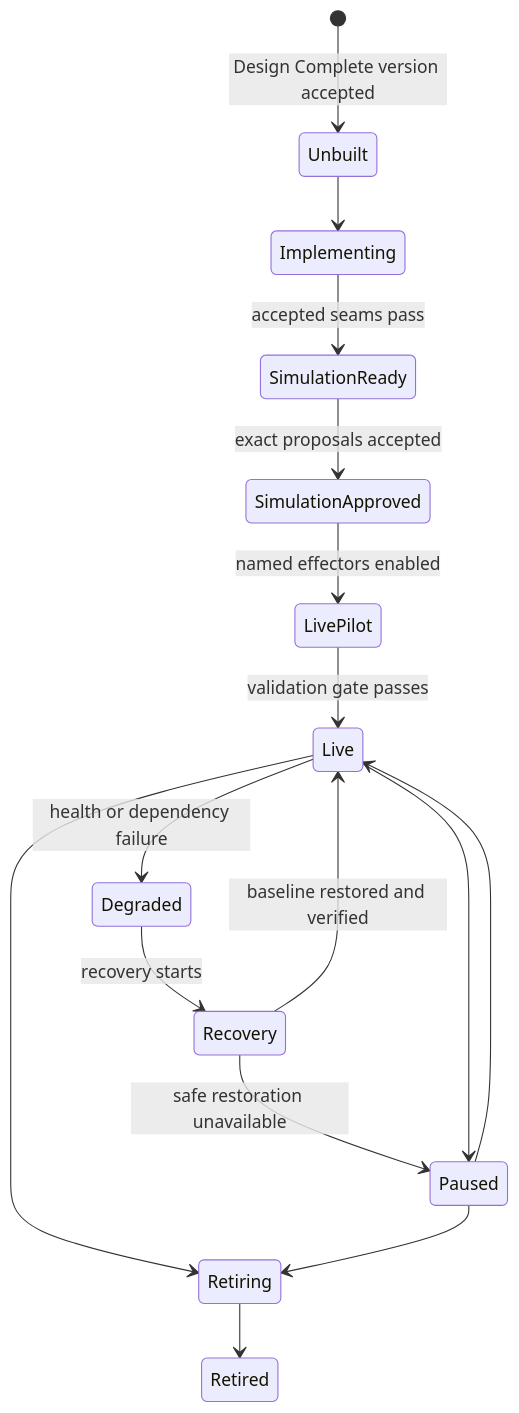
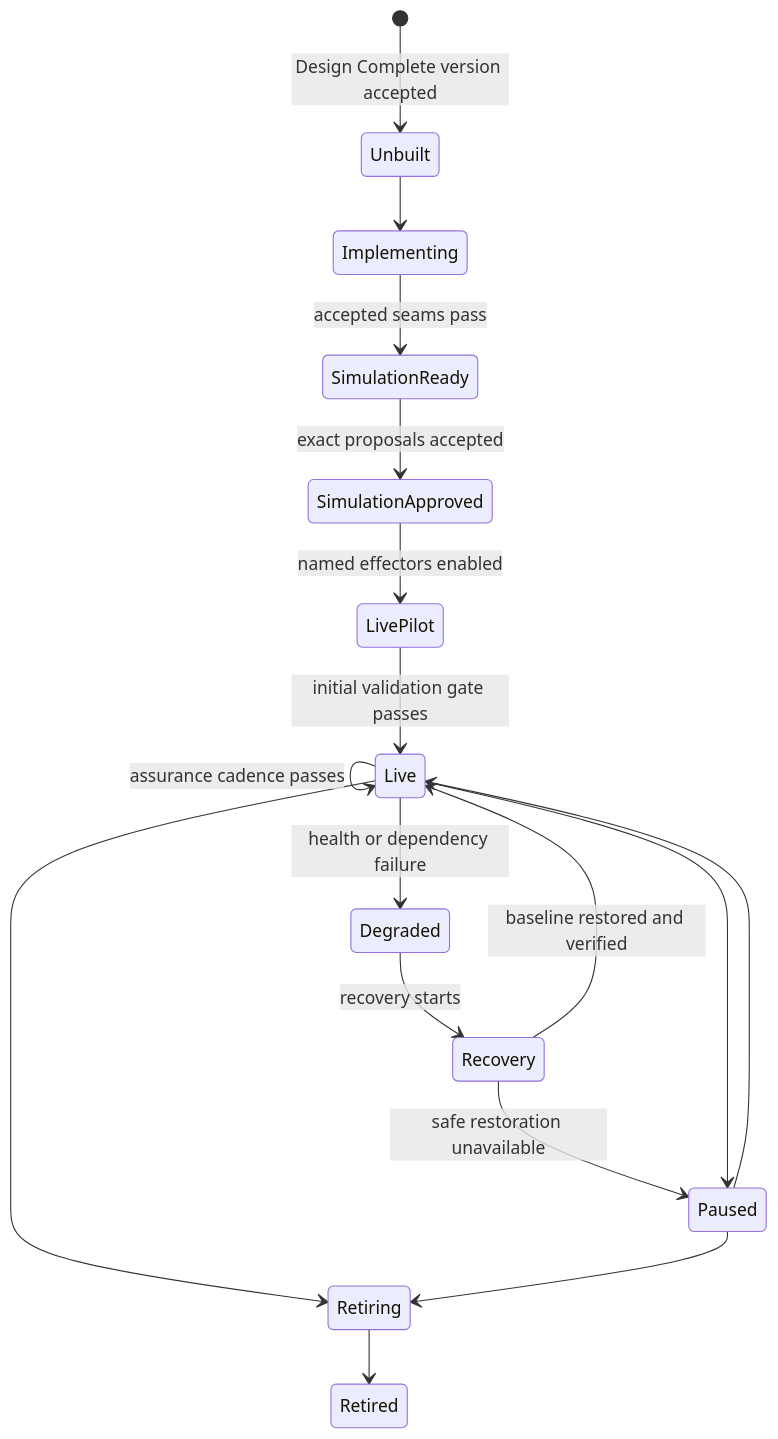
One commit to JustYannicc/skills changed the seventh of 7 diagrams in skills/thinking-in-systems/references/standard.md. Above: the diagram before and after it, drawn with Mermaid. The commit also changed other lines of this file and 8 other files, not shown here.

Commit message:
feat: add post-activation assurance cadence

````diff
--- a/skills/thinking-in-systems/references/standard.md
+++ b/skills/thinking-in-systems/references/standard.md
@@ -475,18 +480,19 @@
 ```mermaid
 stateDiagram-v2
   [*] --> Unbuilt: Design Complete version accepted
   Unbuilt --> Implementing
   Implementing --> SimulationReady: accepted seams pass
   SimulationReady --> SimulationApproved: exact proposals accepted
   SimulationApproved --> LivePilot: named effectors enabled
-  LivePilot --> Live: validation gate passes
+  LivePilot --> Live: initial validation gate passes
+  Live --> Live: assurance cadence passes
   Live --> Degraded: health or dependency failure
   Degraded --> Recovery: recovery starts
   Recovery --> Live: baseline restored and verified
   Recovery --> Paused: safe restoration unavailable
   Live --> Paused
   Paused --> Live
   Live --> Retiring
   Paused --> Retiring
   Retiring --> Retired
 ```
````
